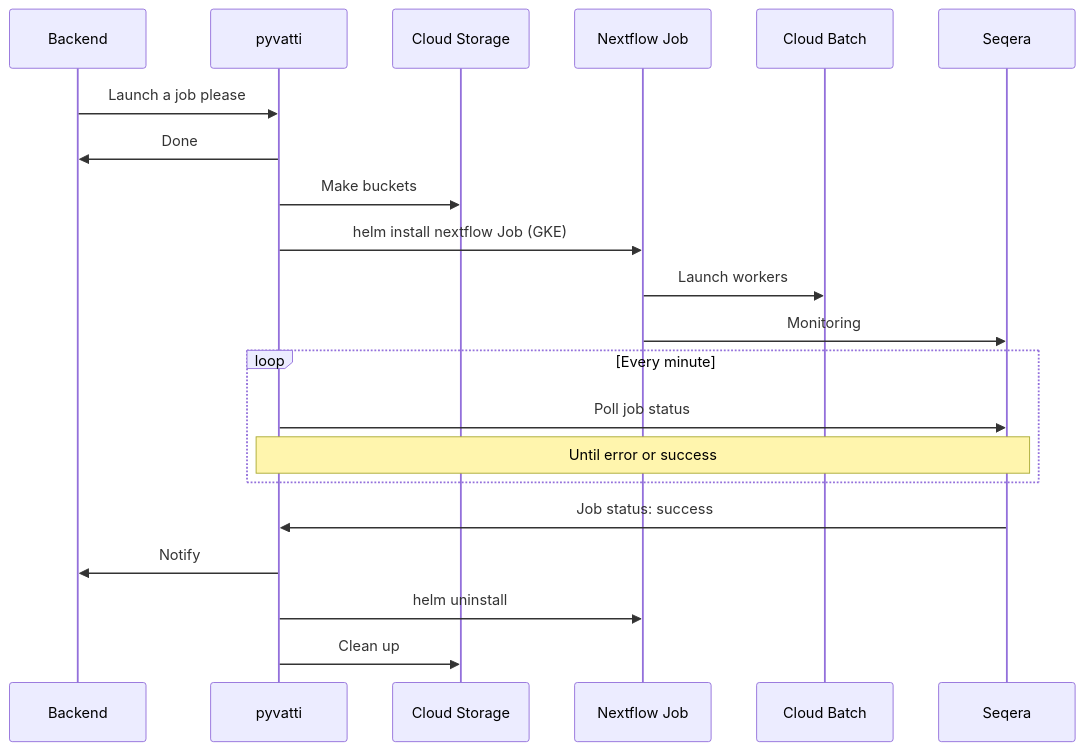
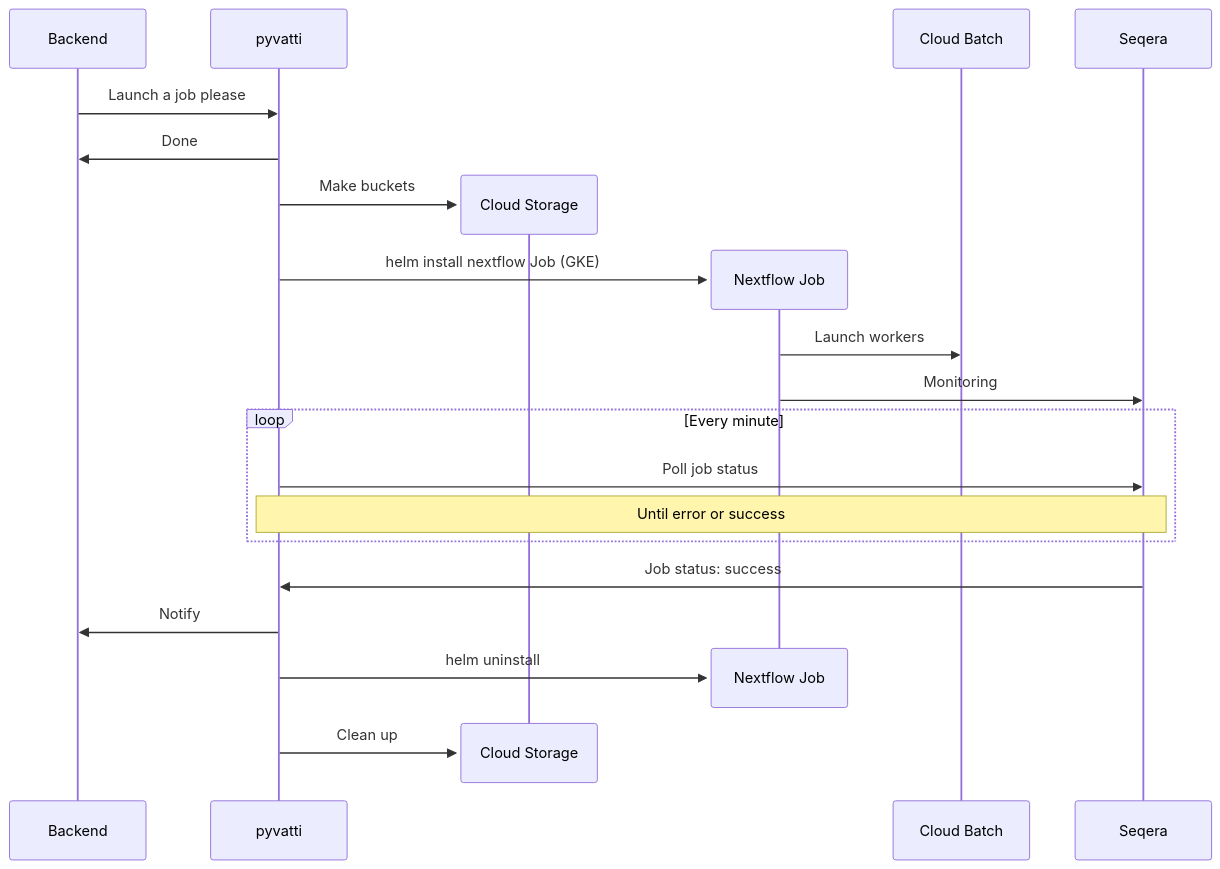
The diagram in README.md (ebi-gdp/hattivatti), drawn with Mermaid before and after one commit. The commit also changed other lines of this file, not shown here.

````diff
--- a/README.md
+++ b/README.md
@@ -18,17 +30,21 @@
 ```mermaid
 sequenceDiagram
     Backend->>pyvatti: Launch a job please
     pyvatti->>Backend: Done
+    create participant Cloud Storage
     pyvatti->>Cloud Storage: Make buckets
+    create participant Nextflow Job
     pyvatti->>Nextflow Job: helm install nextflow Job (GKE)
     Nextflow Job->>Cloud Batch: Launch workers
     Nextflow Job->>Seqera:Monitoring
     loop Every minute
     pyvatti->>Seqera:Poll job status
     Note over Seqera,pyvatti: Until error or success
     end
     Seqera->>pyvatti:Job status: success
     pyvatti->>Backend:Notify
+    destroy Nextflow Job
     pyvatti->>Nextflow Job:helm uninstall
-    pyvatti->>Cloud Storage:Clean up    
+    destroy Cloud Storage
+    pyvatti->>Cloud Storage:Clean up
 ```
````
